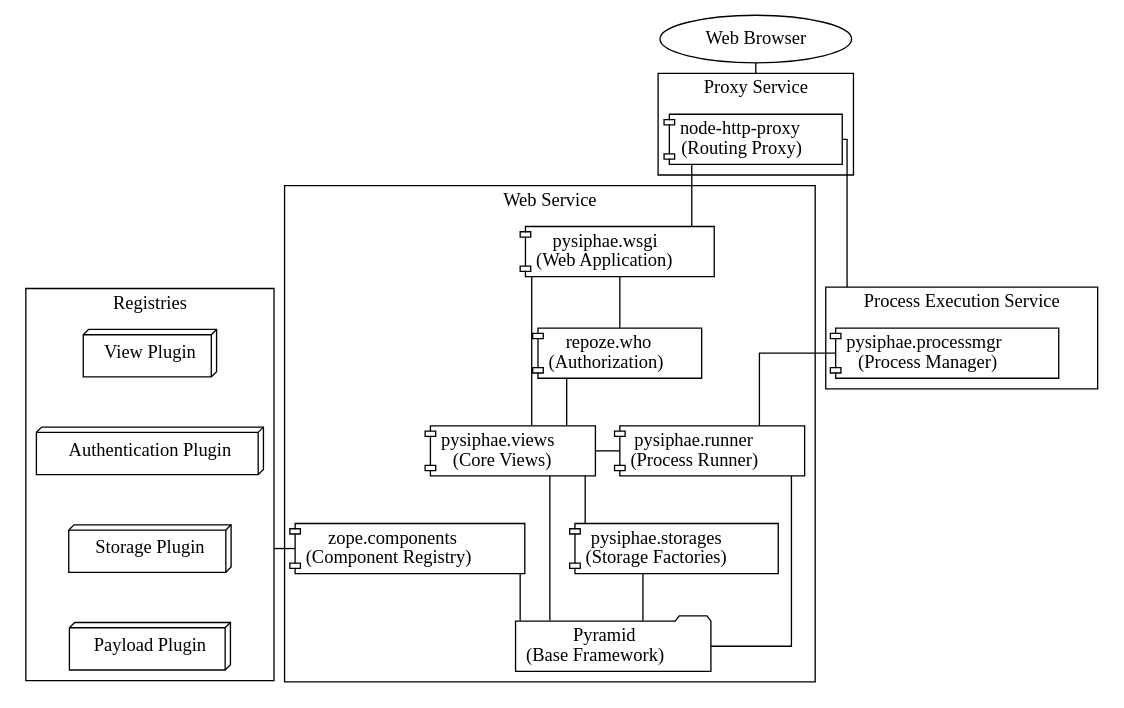
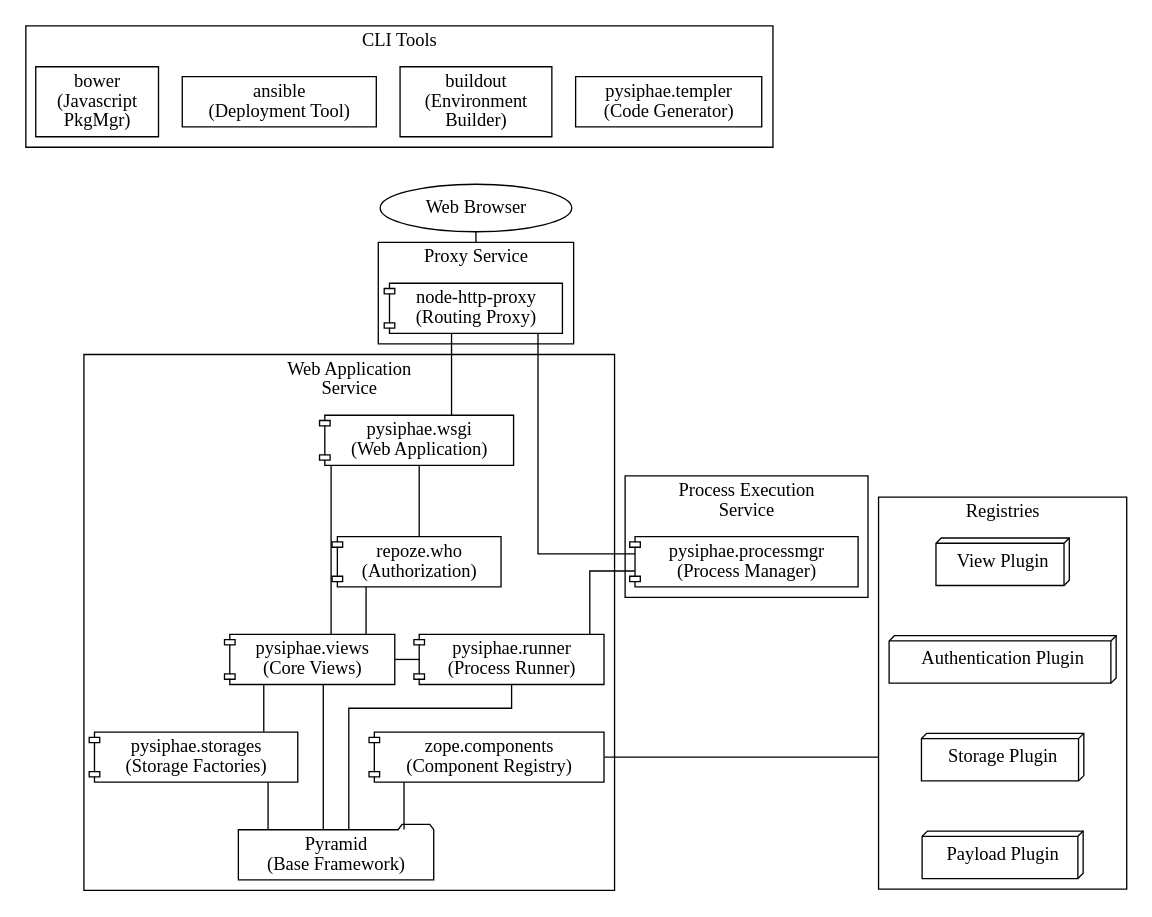
Before and after one commit to koslab/pysiphae: the diagram in docs-src/introduction.rst, drawn with Graphviz. The commit also changed 3 other files, not shown here.

```diff
--- a/docs-src/introduction.rst
+++ b/docs-src/introduction.rst
@@ -47,59 +47,71 @@
 .. graphviz::
 
    graph Arch {
     compound=true;
     graph [splines=ortho];
     node [shape=component];
+
+    subgraph cluster_tools {
+        node [shape=box];
+        templer [label="pysiphae.templer\n(Code Generator)"];
+        buildout [label="buildout\n(Environment\nBuilder)"];
+        ansible [label="ansible\n(Deployment Tool)"];
+        bower [label="bower\n(Javascript\nPkgMgr)"];
+        label="CLI Tools"
+    }
+
     subgraph cluster_registries {
         viewplugin [label="View Plugin", shape=box3d];
         authplugin [label="Authentication Plugin", shape=box3d];
         storageplugin [label="Storage Plugin", shape=box3d];
         payloadplugin [label="Payload Plugin", shape=box3d];
         viewplugin -- authplugin [style=invis];
         authplugin -- storageplugin [style=invis];
         storageplugin -- payloadplugin [style=invis];
         color="#000000";
         label="Registries";
     }
 
     subgraph cluster_proxy {
-        proxy [label=<node-http-proxy<br/>(Routing Proxy)>];
+        proxy [label="node-http-proxy\n(Routing Proxy)"];
         color="black";
         label="Proxy Service";
     }
     subgraph cluster_processmgr {
-        procmgr [label=<pysiphae.processmgr<br/>(Process Manager)>];   
+        procmgr [label="pysiphae.processmgr\n(Process Manager)"];   
         color="black";
-        label="Process Execution Service";
+        label="Process Execution\nService";
     }
     subgraph cluster_web {
         { rank=same;
-            wsgi [label=<pysiphae.wsgi<br/>(Web Application)>];
+            wsgi [label="pysiphae.wsgi\n(Web Application)"];
         }
         { rank=same;
-            views [label=<pysiphae.views<br/>(Core Views)>];
-            runner [label=<pysiphae.runner<br/>(Process Runner)>];
+            views [label="pysiphae.views\n(Core Views)"];
+            runner [label="pysiphae.runner\n(Process Runner)"];
         }
-        pyramid [shape=folder,label=<Pyramid<br/>(Base Framework)>];
-        auth [label=<repoze.who<br/>(Authorization)>];
-        registry [label=<zope.components<br/>(Component Registry)>];
-        storages [label=<pysiphae.storages<br/>(Storage Factories)>];
+        pyramid [shape=folder,label="Pyramid\n(Base Framework)"];
+        auth [label="repoze.who\n(Authorization)"];
+        registry [label="zope.components\n(Component Registry)"];
+        storages [label="pysiphae.storages\n(Storage Factories)"];
         color="black";
-        label="Web Service";
+        label="Web Application\nService";
     }
+
     browser [shape=ellipse, label="Web Browser"];
+    buildout -- browser [ltail=cluster_tools, style=invis];
     browser -- proxy [lhead=cluster_proxy];
     proxy -- wsgi;
-    proxy -- procmgr [lhead=cluster_processmgr];
+    proxy -- procmgr;
     wsgi -- auth;
     auth -- views;
     wsgi -- views;
     runner -- views;
     views -- pyramid;
     runner -- pyramid;
     views -- storages;
     procmgr -- runner;
     registry -- pyramid;
     storages -- pyramid;
     authplugin -- registry [ltail=cluster_registries];
    }
```
